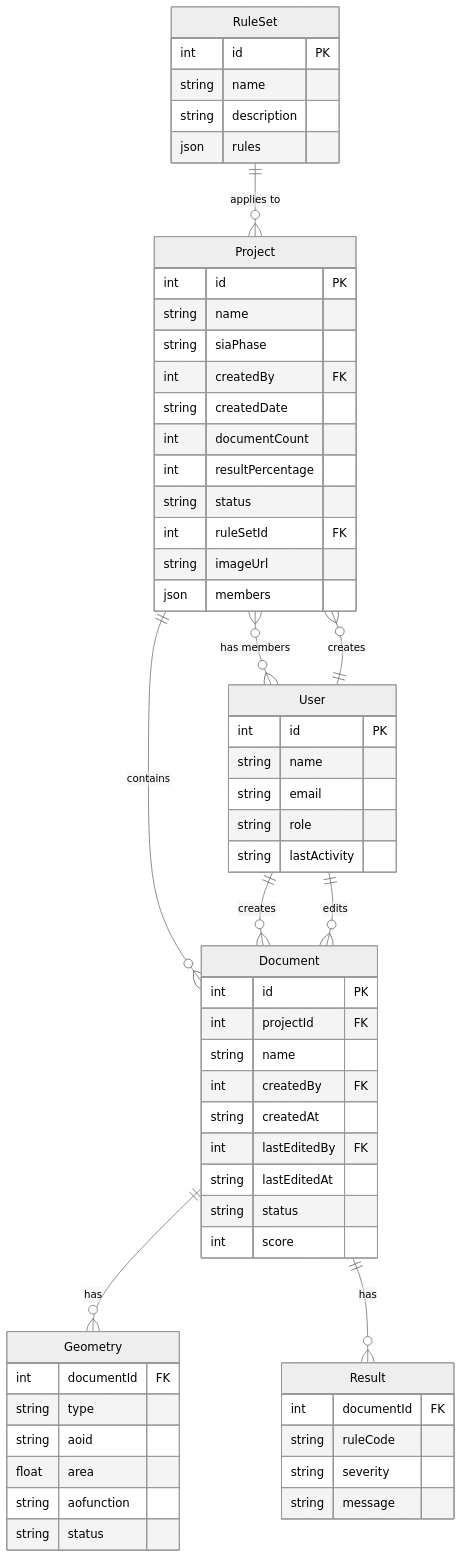
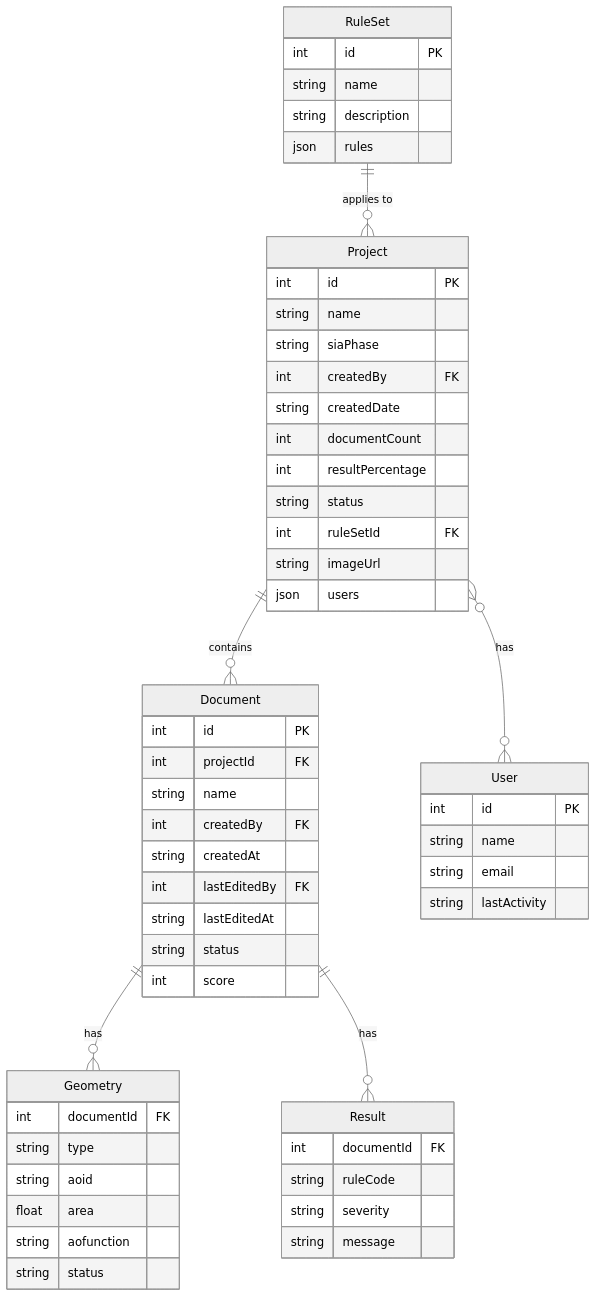
The diagram in documentation/data-model.md (davras5/plan-check), drawn with Mermaid (neutral theme) before and after one commit. The commit also changed other lines of this file and 4 other files, not shown here.

````diff
--- a/documentation/data-model.md
+++ b/documentation/data-model.md
@@ -11,68 +11,64 @@
 ```mermaid
 erDiagram
     RuleSet ||--o{ Project : "applies to"
     Project ||--o{ Document : "contains"
-    Project }o--o{ User : "has members"
-    User ||--o{ Project : "creates"
-    User ||--o{ Document : "creates"
-    User ||--o{ Document : "edits"
+    Project }o--o{ User : "has"
     Document ||--o{ Geometry : "has"
     Document ||--o{ Result : "has"
 
     RuleSet {
         int id PK
         string name
         string description
         json rules
     }
 
     Project {
         int id PK
         string name
         string siaPhase
         int createdBy FK
         string createdDate
         int documentCount
         int resultPercentage
         string status
         int ruleSetId FK
         string imageUrl
-        json members
+        json users
     }
 
     Document {
         int id PK
         int projectId FK
         string name
         int createdBy FK
         string createdAt
         int lastEditedBy FK
         string lastEditedAt
         string status
         int score
     }
 
     Geometry {
         int documentId FK
         string type
         string aoid
         float area
         string aofunction
         string status
     }
 
     Result {
         int documentId FK
         string ruleCode
         string severity
         string message
     }
 
     User {
         int id PK
         string name
         string email
-        string role
         string lastActivity
     }
 ```
````
